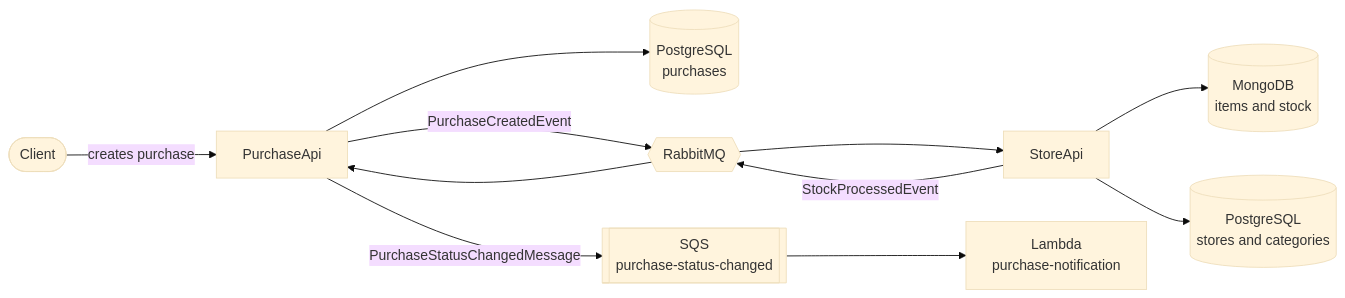
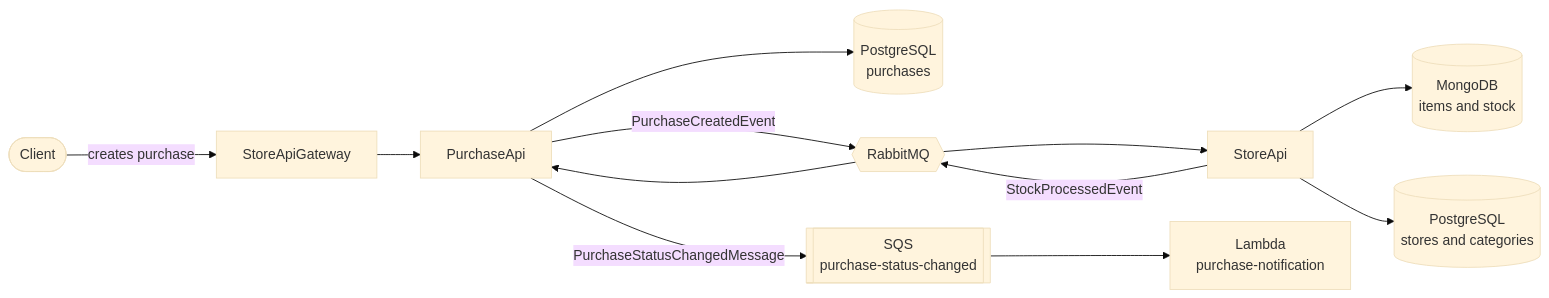
Before and after one commit to JoaoVitorResende/Purchase-api: the diagram in README.md, drawn with Mermaid (base theme). The commit also changed other lines of this file, not shown here.

````diff
--- a/README.md
+++ b/README.md
@@ -20,13 +20,14 @@
 ```mermaid
 flowchart LR
-    Client([Client]) -->|creates purchase| PA[PurchaseApi]
+    Client([Client]) -->|creates purchase| GW[StoreApiGateway]
+    GW --> PA[PurchaseApi]
     PA --> PDB[("PostgreSQL<br/>purchases")]
     PA -->|PurchaseCreatedEvent| MQ{{RabbitMQ}}
     MQ --> SA[StoreApi]
     SA --> MDB[("MongoDB<br/>items and stock")]
     SA --> SDB[("PostgreSQL<br/>stores and categories")]
     SA -->|StockProcessedEvent| MQ
     MQ --> PA
     PA -->|PurchaseStatusChangedMessage| SQS[["SQS<br/>purchase-status-changed"]]
     SQS --> L["Lambda<br/>purchase-notification"]
 ```
````
